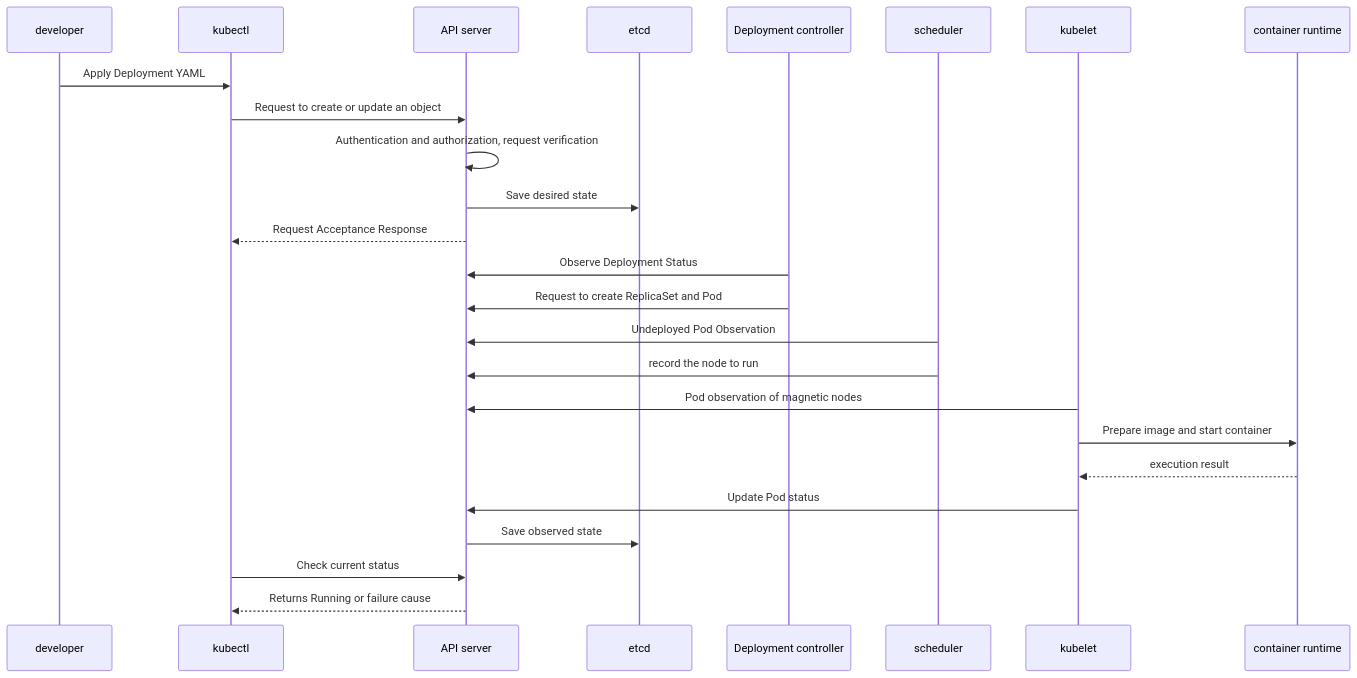
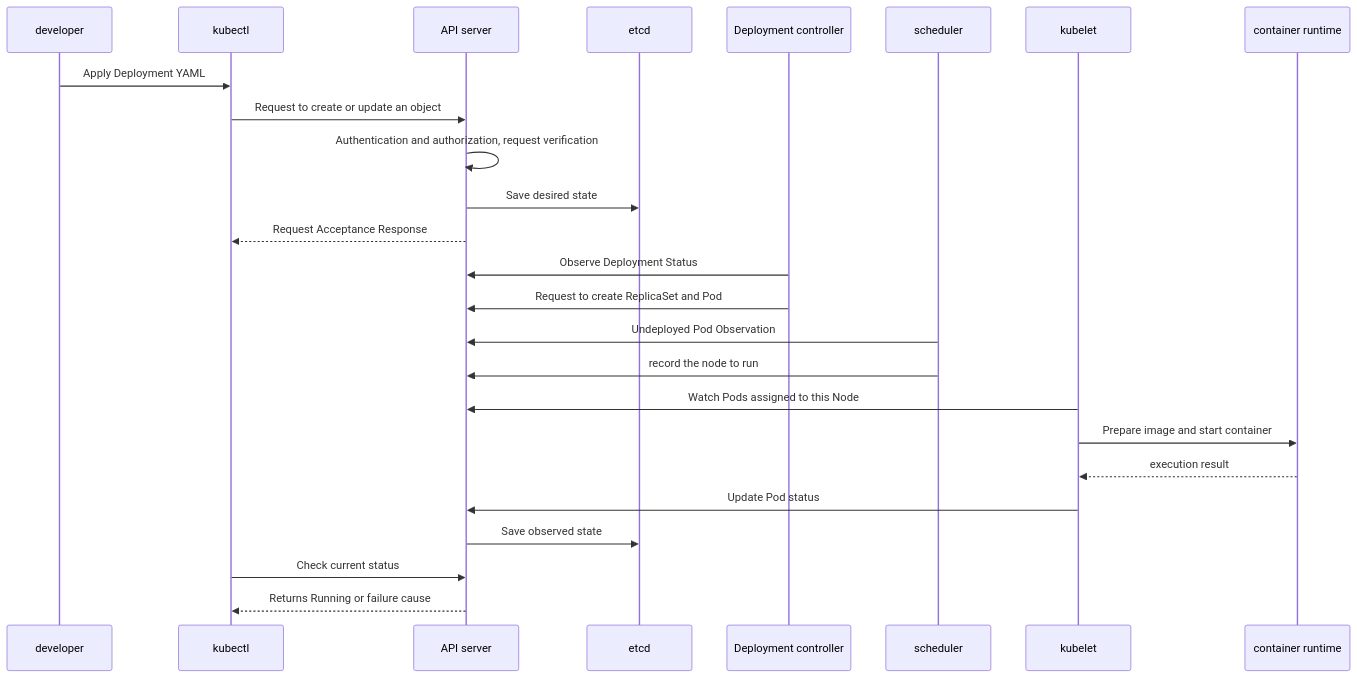
The second of 2 diagrams in docs-site/content/kubernetes/00-roadmap.md (nohdol97/nohdol-study), drawn with Mermaid before and after one commit. The commit also changed 88 other files, not shown here.

````diff
--- a/docs-site/content/kubernetes/00-roadmap.md
+++ b/docs-site/content/kubernetes/00-roadmap.md
@@ -82,28 +82,28 @@
 ```mermaid
 sequenceDiagram
   participant DEV as developer
   participant CLI as kubectl
   participant API as API server
   participant DB as etcd
   participant CTRL as Deployment controller
   participant SCHED as scheduler
   participant KUBE as kubelet
   participant RT as container runtime
 
   DEV->>CLI: Apply Deployment YAML
   CLI->>API: Request to create or update an object
   API->>API: Authentication and authorization, request verification
   API->>DB: Save desired state
   API-->>CLI: Request Acceptance Response
   CTRL->>API: Observe Deployment Status
   CTRL->>API: Request to create ReplicaSet and Pod
   SCHED->>API: Undeployed Pod Observation
   SCHED->>API: record the node to run
-  KUBE->>API: Pod observation of magnetic nodes
+  KUBE->>API: Watch Pods assigned to this Node
   KUBE->>RT: Prepare image and start container
   RT-->>KUBE: execution result
   KUBE->>API: Update Pod status
   API->>DB: Save observed state
   CLI->>API: Check current status
   API-->>CLI: Returns Running or failure cause
 ```
````
